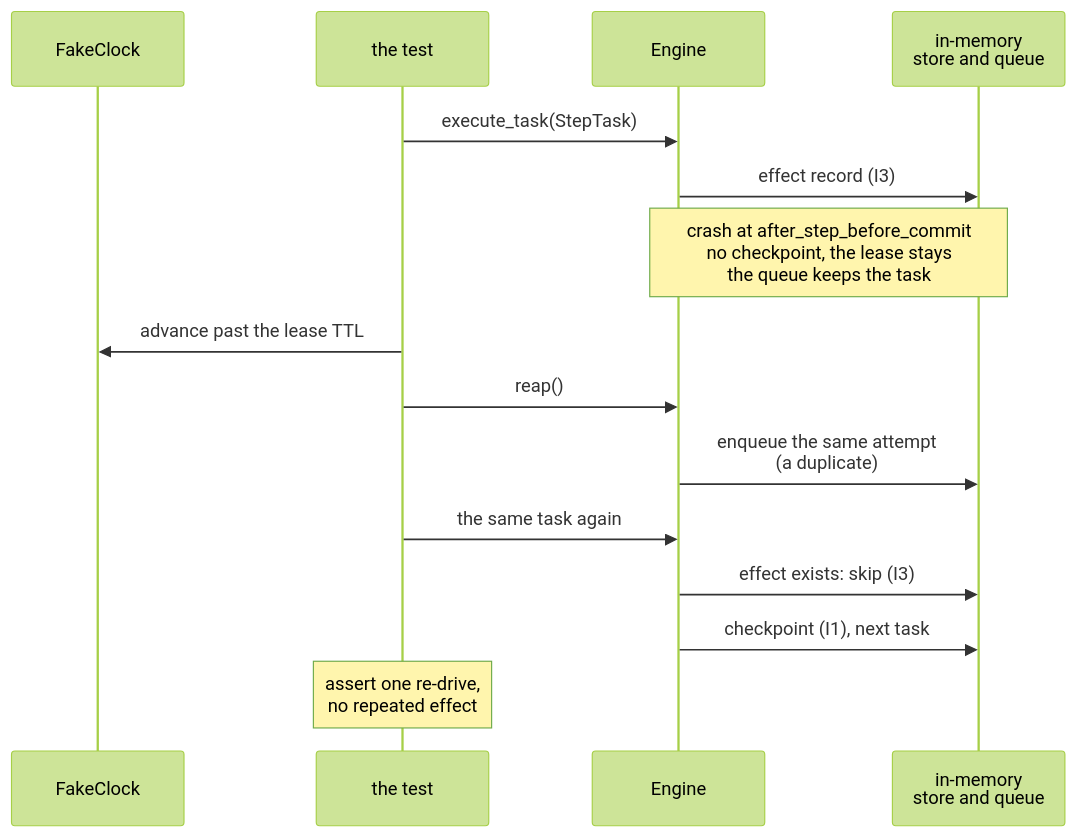
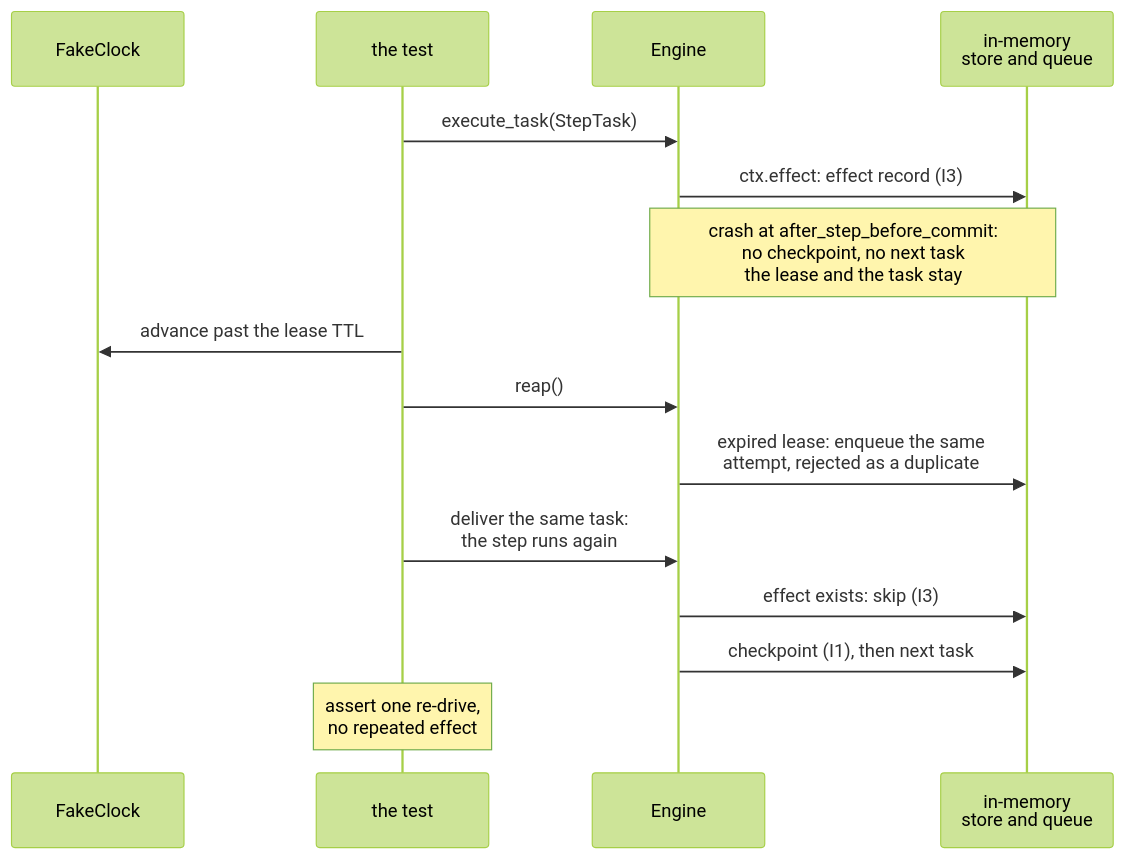
Before and after one commit to aniryou/full-stack-agentic-engineer: the second of 2 diagrams in 07-application-agent-framework/long-running-durable/lra-gcp/docs/primer.md, drawn with Mermaid (forest theme). The commit also changed other lines of this file and 142 other files, not shown here.

````diff
--- a/07-application-agent-framework/long-running-durable/lra-gcp/docs/primer.md
+++ b/07-application-agent-framework/long-running-durable/lra-gcp/docs/primer.md
@@ -439,17 +439,17 @@
 ```mermaid
 sequenceDiagram
     participant K as FakeClock
     participant T as the test
     participant E as Engine
     participant S as in-memory<br/>store and queue
     T->>E: execute_task(StepTask)
-    E->>S: effect record (I3)
-    Note over E,S: crash at after_step_before_commit<br/>no checkpoint, the lease stays<br/>the queue keeps the task
+    E->>S: ctx.effect: effect record (I3)
+    Note over E,S: crash at after_step_before_commit:<br/>no checkpoint, no next task<br/>the lease and the task stay
     T->>K: advance past the lease TTL
     T->>E: reap()
-    E->>S: enqueue the same attempt<br/>(a duplicate)
-    T->>E: the same task again
+    E->>S: expired lease: enqueue the same<br/>attempt, rejected as a duplicate
+    T->>E: deliver the same task:<br/>the step runs again
     E->>S: effect exists: skip (I3)
-    E->>S: checkpoint (I1), next task
+    E->>S: checkpoint (I1), then next task
     Note over T: assert one re-drive,<br/>no repeated effect
 ```
````
